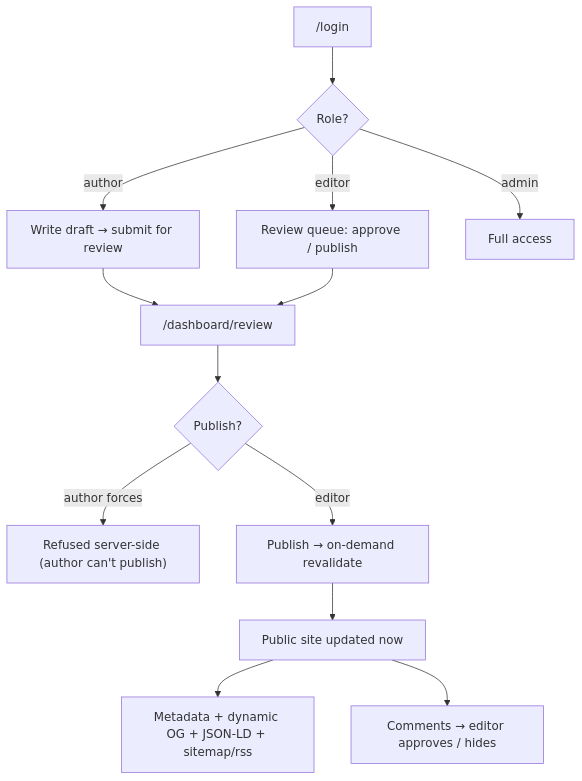
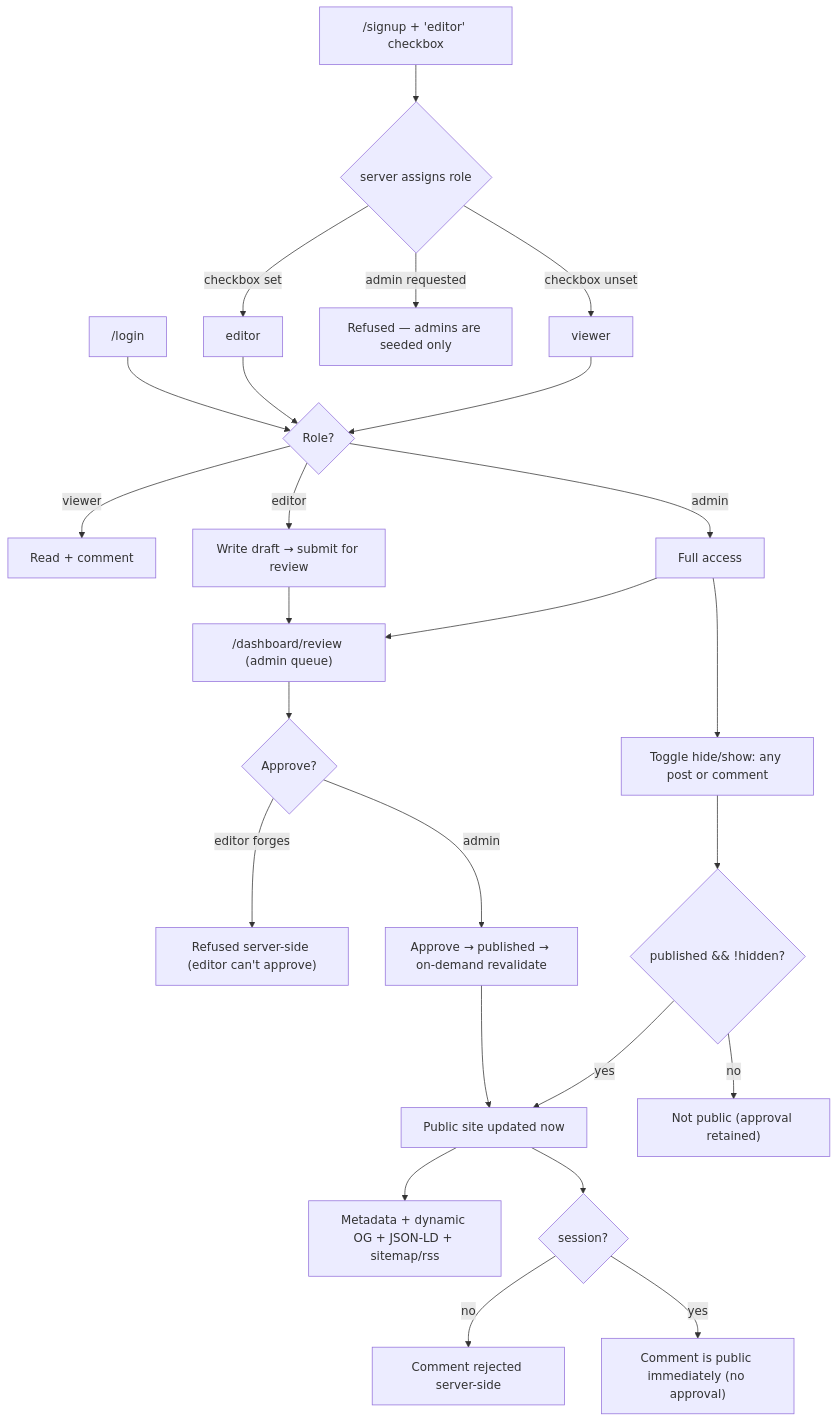
The diagram in projects/blog/senior/flow.md (trungnd-voyager/training), drawn with Mermaid before and after one commit. The commit also changed other lines of this file and 8 other files, not shown here.

````diff
--- a/projects/blog/senior/flow.md
+++ b/projects/blog/senior/flow.md
@@ -5,14 +5,30 @@
 ```mermaid
 flowchart TD
+  Signup["/signup + 'editor' checkbox"] --> SvR{"server assigns role"}
+  SvR -- checkbox set --> Ed0["editor"]
+  SvR -- checkbox unset --> Vw0["viewer"]
+  SvR -- admin requested --> S403["Refused — admins are seeded only"]
   Login["/login"] --> Role{"Role?"}
-  Role -- author --> A["Write draft → submit for review"]
-  Role -- editor --> E["Review queue: approve / publish"]
+  Ed0 --> Role
+  Vw0 --> Role
+
+  Role -- viewer --> V["Read + comment"]
+  Role -- editor --> A["Write draft → submit for review"]
   Role -- admin --> Ad["Full access"]
-  A --> Q["/dashboard/review"]
-  E --> Q
-  Q --> P{"Publish?"}
-  P -- author forces --> F403["Refused server-side (author can't publish)"]
-  P -- editor --> Rev["Publish → on-demand revalidate"] --> Live["Public site updated now"]
+
+  A --> Q["/dashboard/review (admin queue)"]
+  Ad --> Q
+  Q --> P{"Approve?"}
+  P -- editor forges --> F403["Refused server-side (editor can't approve)"]
+  P -- admin --> Rev["Approve → published → on-demand revalidate"] --> Live["Public site updated now"]
   Live --> SEO["Metadata + dynamic OG + JSON-LD + sitemap/rss"]
-  Live --> Cm["Comments → editor approves / hides"]
+
+  Live --> CmG{"session?"}
+  CmG -- no --> C401["Comment rejected server-side"]
+  CmG -- yes --> Cm["Comment is public immediately (no approval)"]
+
+  Ad --> Tog["Toggle hide/show: any post or comment"]
+  Tog --> Vis{"published && !hidden?"}
+  Vis -- no --> Gone["Not public (approval retained)"]
+  Vis -- yes --> Live
 ```
````
